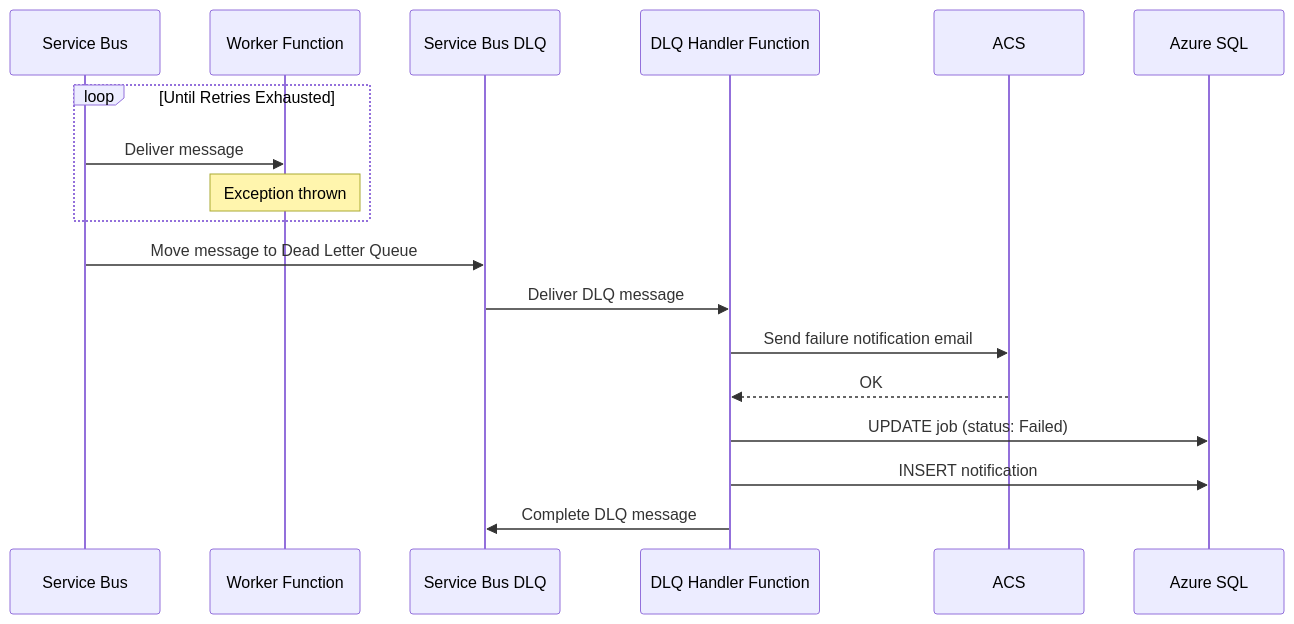
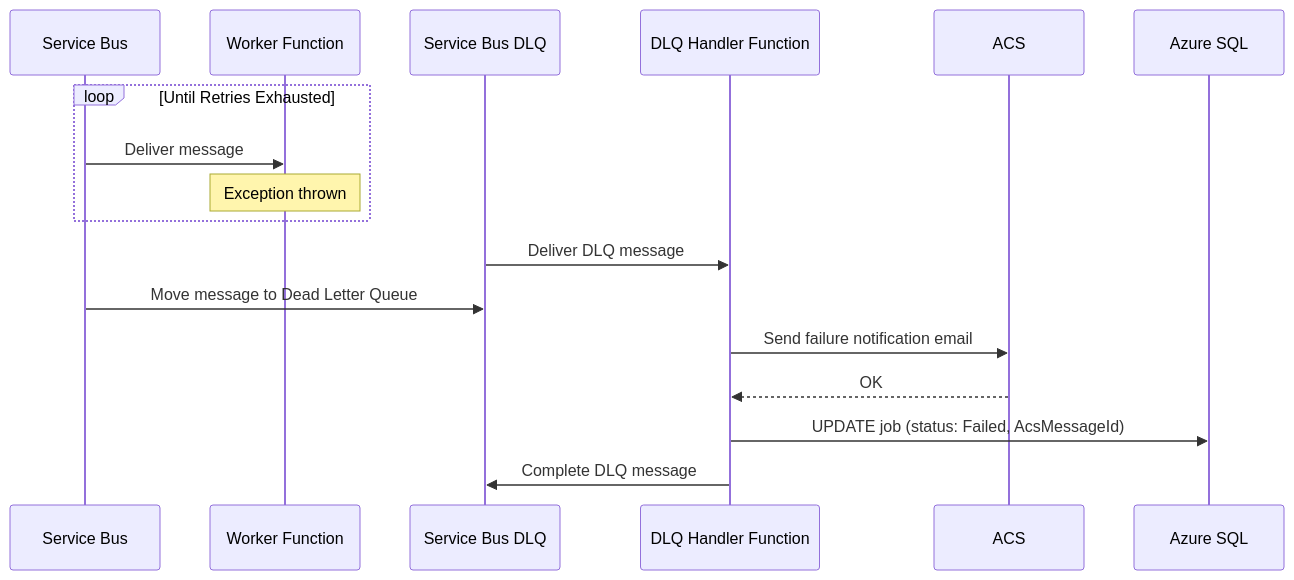
Before and after one commit to VictorK1902/Dispatch: the second of 6 diagrams in Docs/sequence-diagrams.md, drawn with Mermaid. The commit also changed other lines of this file and 26 other files, not shown here.

Commit message:
Dropped Notifications table and move the AcsMessageId over to Jobs table; ran migration to push the changes; updated docs to reflect this; implemented actual logic in Worker function app; added Job Module definition doc;

````diff
--- a/Docs/sequence-diagrams.md
+++ b/Docs/sequence-diagrams.md
@@ -30,22 +29,21 @@
 ```mermaid
 sequenceDiagram
     participant SB as Service Bus
     participant Worker as Worker Function
     participant DLQ as Service Bus DLQ
     participant DLQHandler as DLQ Handler Function
     participant ACS
     participant SQL as Azure SQL
 
     loop Until Retries Exhausted
       SB->>Worker: Deliver message
       Note over Worker: Exception thrown
     end    
 
+    DLQ->>DLQHandler: Deliver DLQ message
     SB->>DLQ: Move message to Dead Letter Queue
-    DLQ->>DLQHandler: Deliver DLQ message
     DLQHandler->>ACS: Send failure notification email
     ACS-->>DLQHandler: OK
-    DLQHandler->>SQL: UPDATE job (status: Failed)
-    DLQHandler->>SQL: INSERT notification
+    DLQHandler->>SQL: UPDATE job (status: Failed, AcsMessageId)
     DLQHandler->>DLQ: Complete DLQ message
 ```
````
